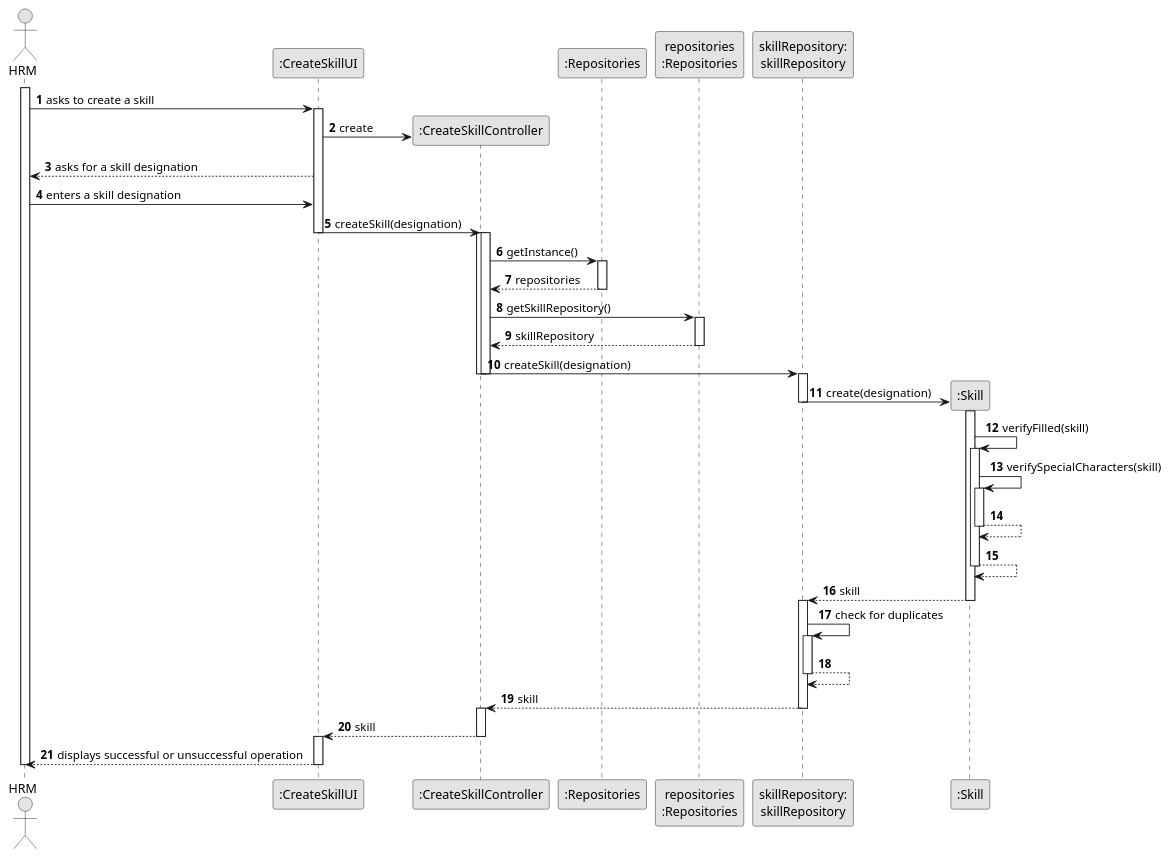
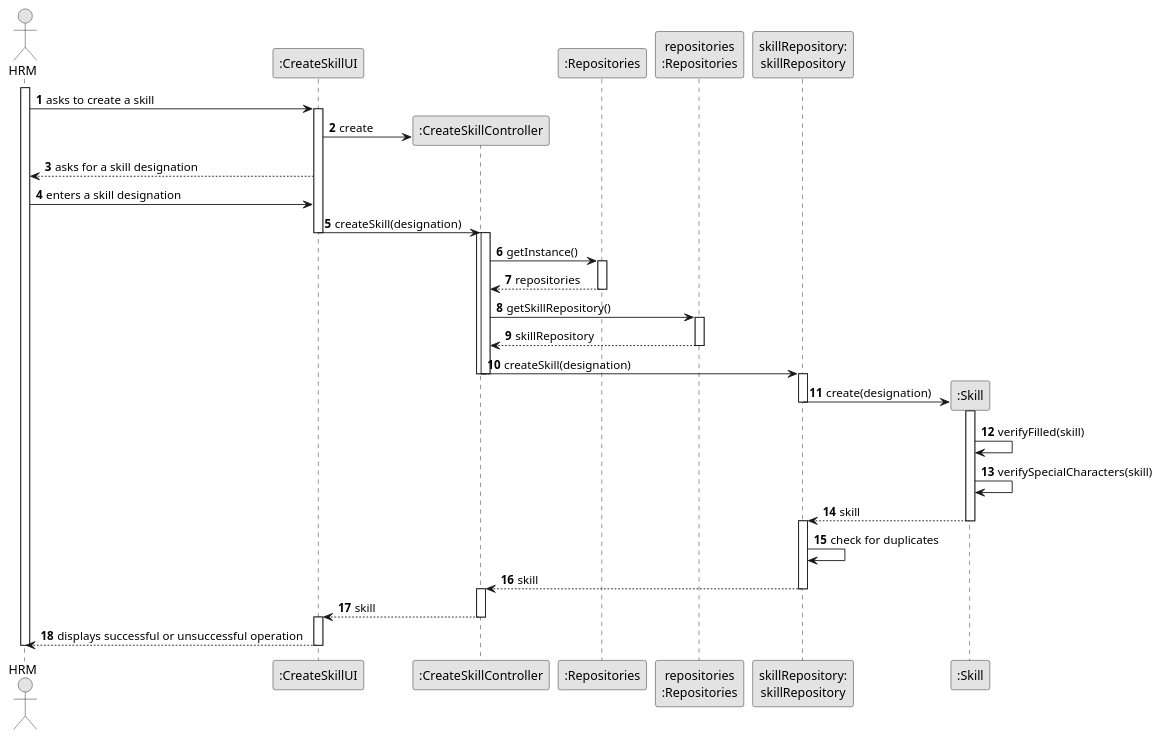
One commit to ricardomm7/leaflink changed the diagram in docs/sprintB/us001/03.design/puml/us001-sequence-diagram-full.puml. Above: the diagram before and after it, drawn with PlantUML. The commit also changed 10 other files, not shown here.

```diff
--- a/docs/sprintB/us001/03.design/puml/us001-sequence-diagram-full.puml
+++ b/docs/sprintB/us001/03.design/puml/us001-sequence-diagram-full.puml
@@ -1,84 +1,75 @@
 @startuml
 skinparam monochrome true
 skinparam packageStyle rectangle
 skinparam shadowing false
 
 autonumber
 
 actor "HRM" as HRM
 participant ":CreateSkillUI" as UI
 participant ":CreateSkillController" as CTRL
 participant ":Repositories" as GlobRepo
 participant "repositories\n:Repositories" as PLAT
 participant "skillRepository:\nskillRepository" as skillRepository
 participant ":Skill" as Skill
 
 activate HRM
 
 HRM ->UI : asks to create a skill
 activate UI
 
 UI -> CTRL** : create
 
 UI --> HRM : asks for a skill designation
 HRM -> UI : enters a skill designation
 
 UI->CTRL : createSkill(designation)
 deactivate UI
 activate CTRL
 
 activate CTRL
 CTRL -> GlobRepo : getInstance()
 activate GlobRepo
 GlobRepo --> CTRL : repositories
 deactivate GlobRepo
 
 CTRL -> PLAT : getSkillRepository()
 activate PLAT
 PLAT -->  CTRL: skillRepository
 deactivate PLAT
 
 CTRL -> skillRepository : createSkill(designation)
 deactivate CTRL
 deactivate CTRL
 activate skillRepository
 
     skillRepository -> Skill** : create(designation)
     deactivate skillRepository
 
         activate Skill
 
     Skill -> Skill : verifyFilled(skill)
-        activate Skill
-        Skill -> Skill : verifySpecialCharacters(skill)
-        activate Skill
-        Skill --> Skill
-    deactivate Skill
-    Skill --> Skill
-    deactivate Skill
+    Skill -> Skill : verifySpecialCharacters(skill)
 
     Skill --> skillRepository : skill
-     deactivate Skill
+    deactivate
     activate skillRepository
 
     skillRepository -> skillRepository : check for duplicates
-    activate skillRepository
-    skillRepository -->skillRepository
-    deactivate skillRepository
-    deactivate Skill
+
 
     CTRL <-- skillRepository : skill
     deactivate skillRepository
     activate CTRL
 
 
 
     CTRL --> UI : skill
     deactivate CTRL
     activate UI
 
 
     UI --> HRM : displays successful or unsuccessful operation
     deactivate UI
 deactivate HRM
 @enduml
```
